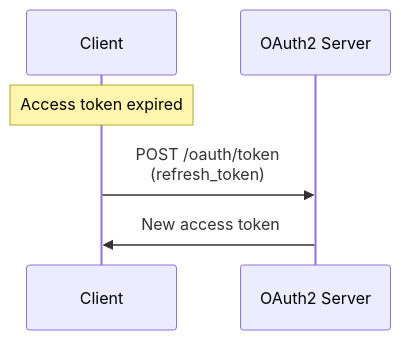
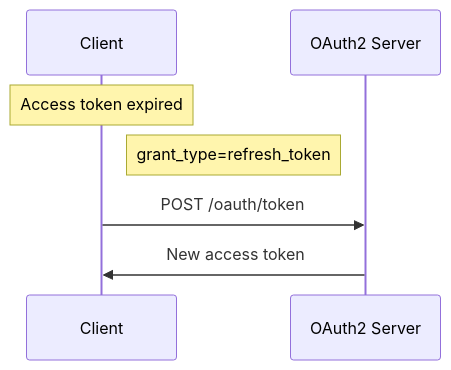
The fifth of 5 diagrams in docs/index.md (ianlintner/rust_oauth2), drawn with Mermaid before and after one commit. The commit also changed other lines of this file and 9 other files, not shown here.

Commit message:
Fix mermaid diagram labels and improve markdown formatting across documentation

````diff
--- a/docs/index.md
+++ b/docs/index.md
@@ -137,9 +138,10 @@
 ```mermaid
 sequenceDiagram
     participant Client
     participant OAuth2 as OAuth2 Server
     
     Note over Client: Access token expired
-    Client->>OAuth2: POST /oauth/token<br/>(refresh_token)
+    Note right of Client: grant_type=refresh_token
+    Client->>OAuth2: POST /oauth/token
     OAuth2->>Client: New access token
 ```
````
